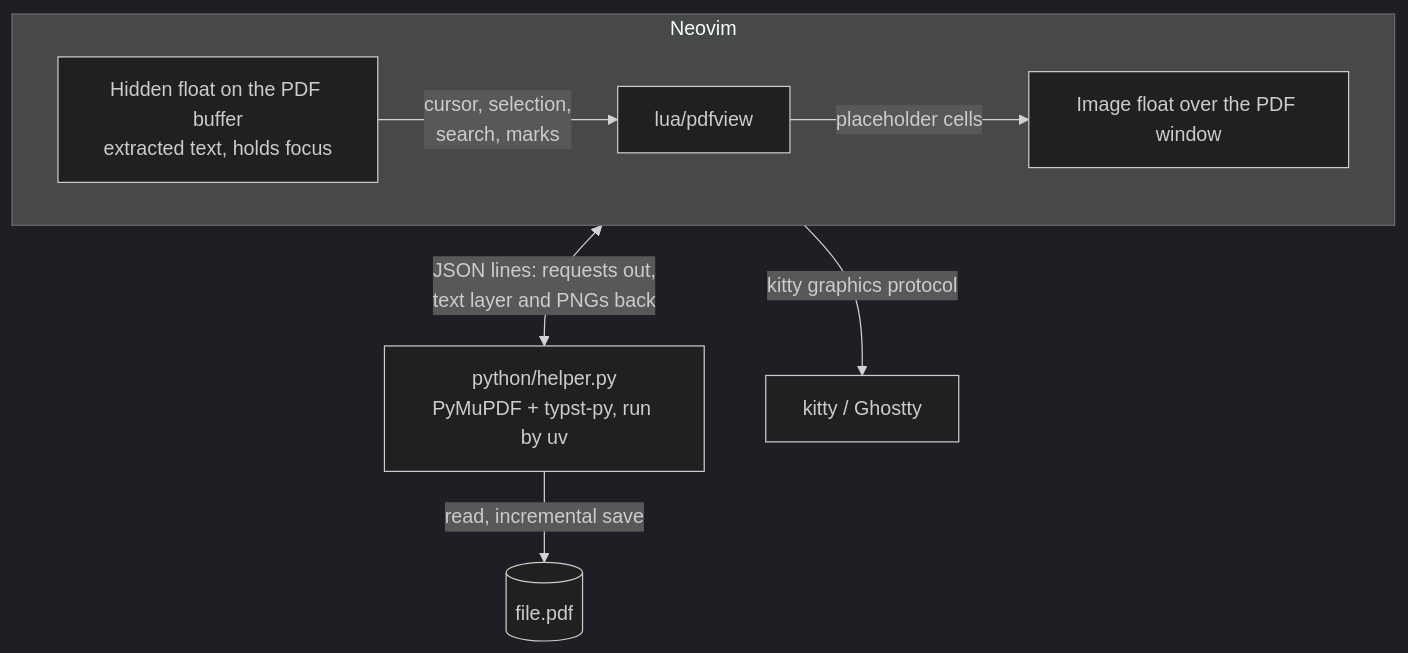
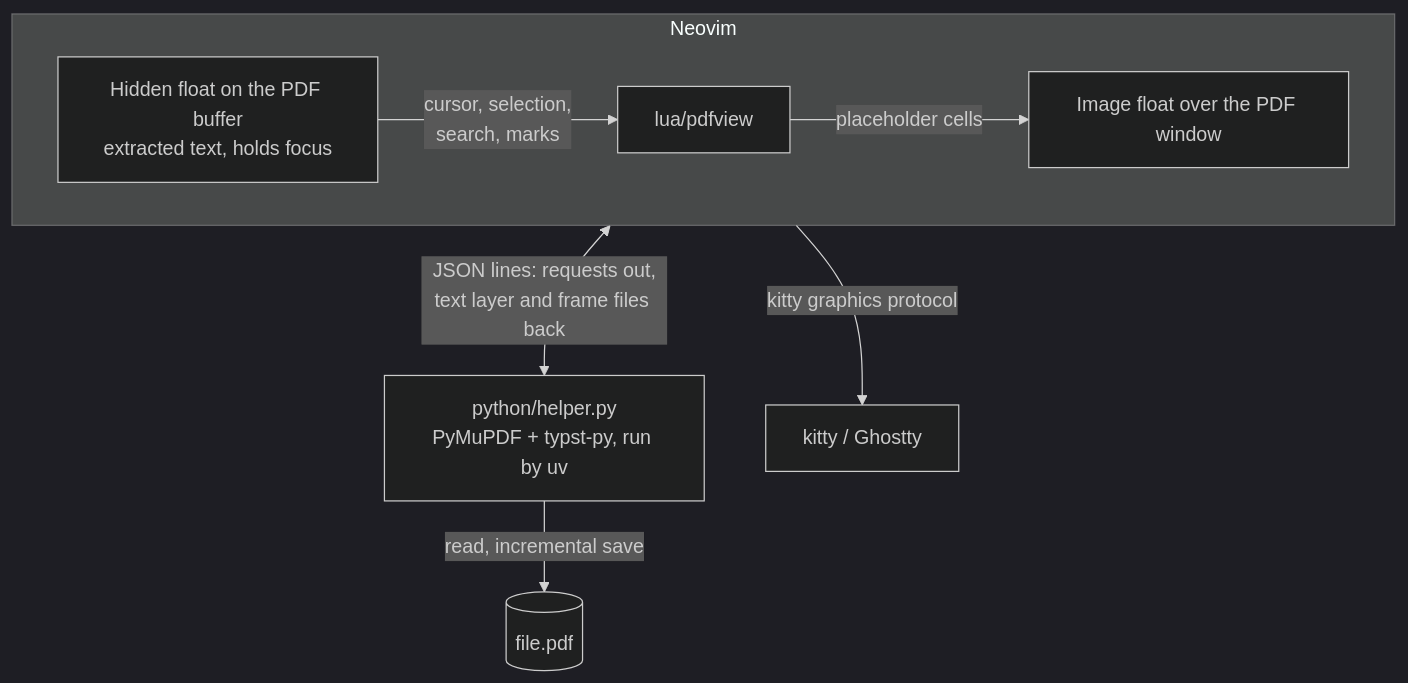
One commit to james-yap/pdfview.nvim changed the diagram in docs/development.md. Above: the diagram before and after it, drawn with Mermaid (dark theme). The commit also changed other lines of this file and 3 other files, not shown here.

````diff
--- a/docs/development.md
+++ b/docs/development.md
@@ -10,17 +11,17 @@
 ```mermaid
 flowchart TB
     subgraph nvim [Neovim]
         direction LR
         text["Hidden float on the PDF buffer<br/>extracted text, holds focus"]
         lua["lua/pdfview"]
         img["Image float over the PDF window"]
         text -- "cursor, selection,<br/>search, marks" --> lua
         lua -- "placeholder cells" --> img
     end
     helper["python/helper.py<br/>PyMuPDF + typst-py, run by uv"]
     pdf[("file.pdf")]
     term["kitty / Ghostty"]
-    lua <-- "JSON lines: requests out,<br/>text layer and PNGs back" --> helper
+    lua <-- "JSON lines: requests out,<br/>text layer and frame files back" --> helper
     helper -- "read, incremental save" --> pdf
     lua -- "kitty graphics protocol" --> term
 ```
````
